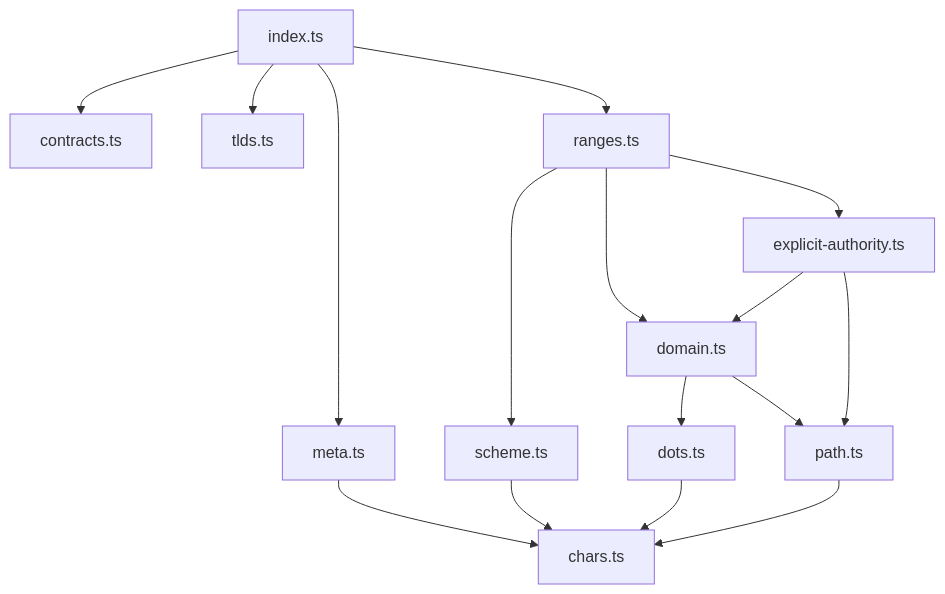
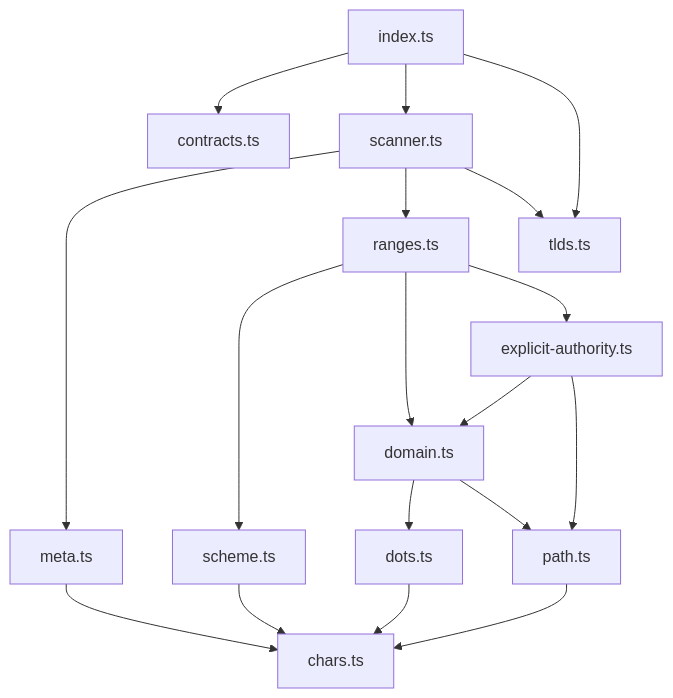
One commit to textfilters/textfilters changed the second of 2 diagrams in docs/architecture.md. Above: the diagram before and after it, drawn with Mermaid. The commit also changed other lines of this file and 7 other files, not shown here.

````diff
--- a/docs/architecture.md
+++ b/docs/architecture.md
@@ -39,18 +41,20 @@
 ```mermaid
 graph TD
   index["index.ts"] --> contracts["contracts.ts"]
+  index --> scanner["scanner.ts"]
   index --> tlds["tlds.ts"]
-  index --> meta["meta.ts"]
-  index --> ranges["ranges.ts"]
+  scanner --> meta["meta.ts"]
+  scanner --> ranges["ranges.ts"]
+  scanner --> tlds
   ranges --> scheme["scheme.ts"]
   ranges --> domain["domain.ts"]
   ranges --> explicit["explicit-authority.ts"]
   explicit --> domain
   explicit --> path["path.ts"]
   domain --> dots["dots.ts"]
   domain --> path
   scheme --> chars["chars.ts"]
   dots --> chars
   meta --> chars
   path --> chars
 ```
````
